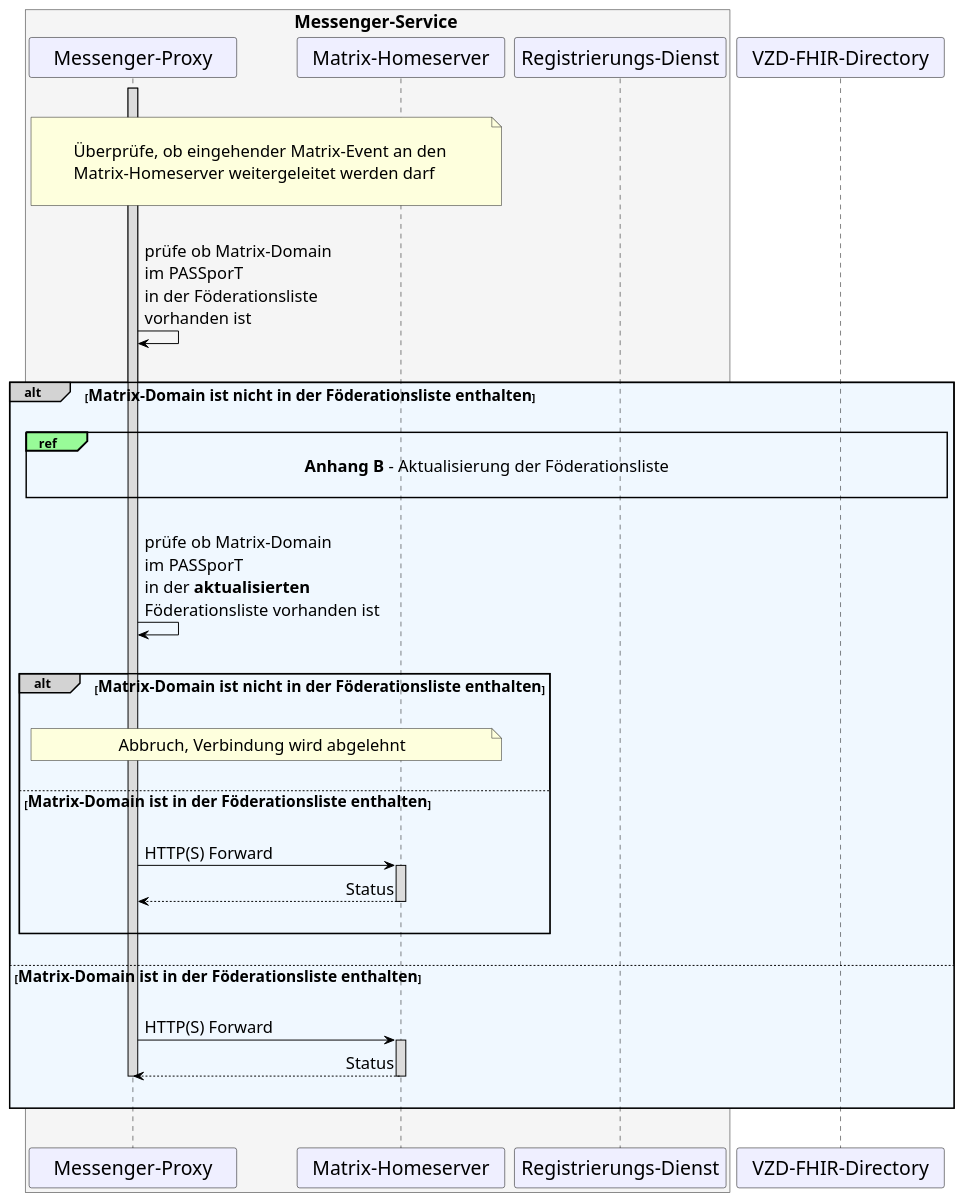
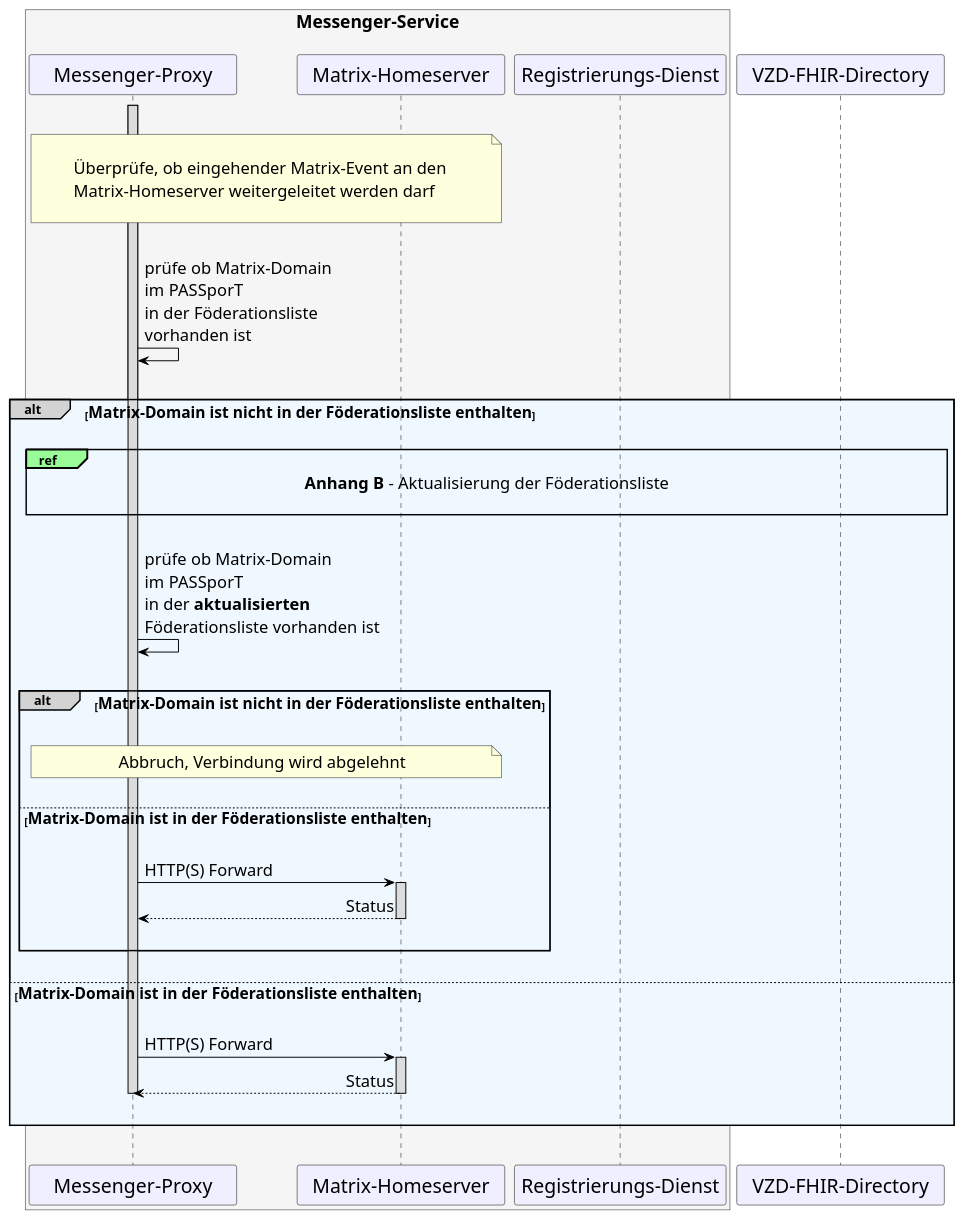
One commit to gematik/api-ti-messenger changed the diagram in src/plantuml/TI-Messenger-Dienst/Ressourcen/UC_10064_Seq.puml. Above: the diagram before and after it, drawn with PlantUML.

```diff
--- a/src/plantuml/TI-Messenger-Dienst/Ressourcen/UC_10064_Seq.puml
+++ b/src/plantuml/TI-Messenger-Dienst/Ressourcen/UC_10064_Seq.puml
@@ -9,76 +9,76 @@
 @startuml
 skinparam sequenceMessageAlign direction
 skinparam minClassWidth 200
 skinparam BoxPadding 1
 skinparam sequenceReferenceHeaderBackgroundColor palegreen
 scale max 2048 width
 
 skinparam sequence {
 ArrowColor black
 ArrowFontSize 17
 ActorBorderColor black
 LifeLineBorderColor black
 LifeLineBackgroundColor Gainsboro
 
 ParticipantBorderColor Motivation
 ParticipantBackgroundColor Motivation
 ParticipantFontName Impact
 ParticipantFontSize 20
 ParticipantFontColor black
 ParticipantBorderColor Black
 ParticipantBackgroundColor MOTIVATION
 
 ActorBackgroundColor Gainsboro
 ActorFontColor black
 ActorFontSize 20
 ActorFontName Aapex
 }
-    box <size:18>Messenger-Service</size> #WhiteSmoke
+    box <size:18>Messenger-Service\n#WhiteSmoke
     participant MP as "Messenger-Proxy"
     participant MH as "Matrix-Homeserver"
     participant RD as "Registrierungs-Dienst"
     end box
     participant VZD as "VZD-FHIR-Directory"
 
 |||
 note over MP, MH: \n<size:17>Überprüfe, ob eingehender Matrix-Event an den \n<size:17>Matrix-Homeserver weitergeleitet werden darf</size>\n
 |||
 
     Activate MP
   MP->MP: prüfe ob Matrix-Domain \nim PASSporT \nin der Föderationsliste \nvorhanden ist
 
 |||
 alt#LightGrey #AliceBlue <size:16>Matrix-Domain ist nicht in der Föderationsliste enthalten</size>
 |||  
 
   ref over MP, VZD: <size:17>**Anhang B** - Aktualisierung der Föderationsliste</size>\n 
   |||
   MP->MP: prüfe ob Matrix-Domain \nim PASSporT \nin der **aktualisierten** \nFöderationsliste vorhanden ist
   |||
 
     alt#LightGrey #AliceBlue <size:16>Matrix-Domain ist nicht in der Föderationsliste enthalten</size>
       |||
       note over MP, MH: <size:17>Abbruch, Verbindung wird abgelehnt</size>
       ||| 
       else <size:16>Matrix-Domain ist in der Föderationsliste enthalten</size>
       |||
          MP->MH: HTTP(S) Forward
           Activate MH
         MH-->MP: Status
           Deactivate MH
       |||
     end
 
   |||
   else <size:16>Matrix-Domain ist in der Föderationsliste enthalten</size>
     ||| 
     MP->MH: HTTP(S) Forward
       Activate MH
     MH-->MP: Status
       Deactivate MH
       Deactivate MP
     ||| 
 
 end
 |||
 @enduml
```
